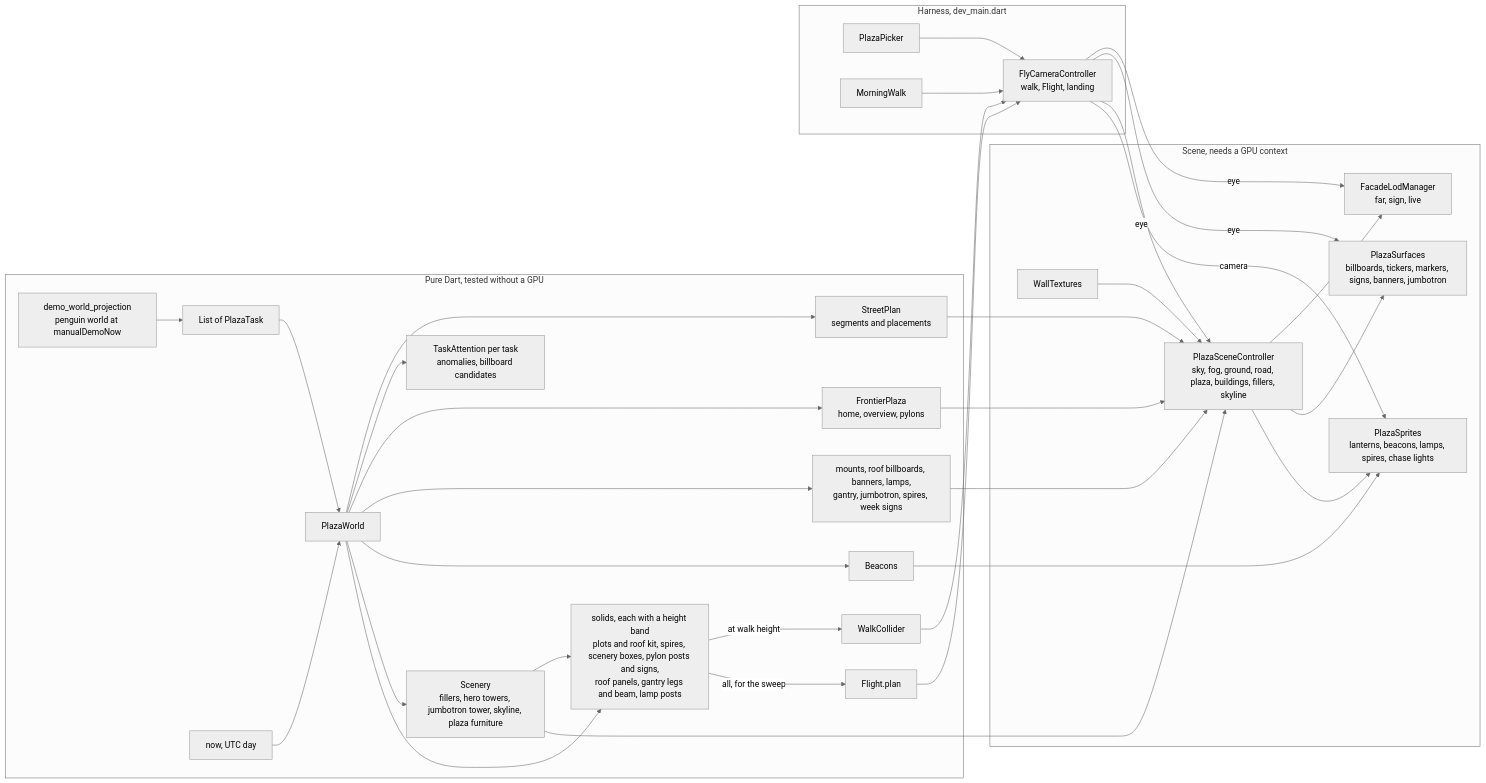
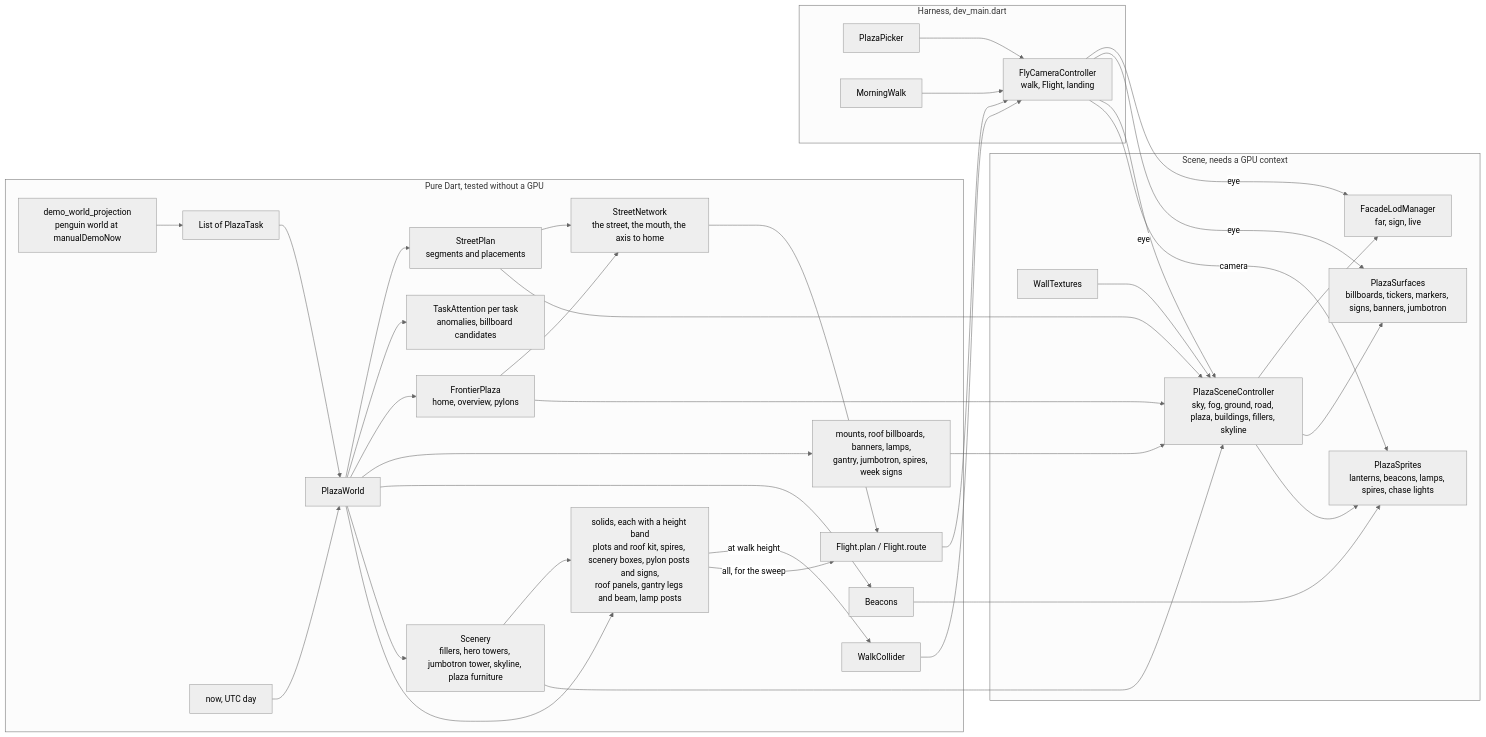
Before and after one commit to matthiasn/lotti: the first of 4 diagrams in knowledge/features/plaza.md, drawn with Mermaid (neutral theme). The commit also changed other lines of this file and 14 other files, not shown here.

First line of the commit message:
feat(plaza): flights follow the street on an S-curve, and the harness paces its frames

````diff
--- a/knowledge/features/plaza.md
+++ b/knowledge/features/plaza.md
@@ -103,39 +107,42 @@
 ```mermaid
 flowchart LR
   subgraph pure ["Pure Dart, tested without a GPU"]
     Demo["demo_world_projection<br/>penguin world at manualDemoNow"] --> Tasks["List of PlazaTask"]
     Tasks --> World["PlazaWorld"]
     Clock["now, UTC day"] --> World
     World --> Plan["StreetPlan<br/>segments and placements"]
     World --> Att["TaskAttention per task<br/>anomalies, billboard candidates"]
     World --> Plaza["FrontierPlaza<br/>home, overview, pylons"]
     World --> Overlays["mounts, roof billboards, banners, lamps,<br/>gantry, jumbotron, spires, week signs"]
     World --> Beacons["Beacons"]
     World --> Scenery["Scenery<br/>fillers, hero towers, jumbotron tower, skyline, plaza furniture"]
     World --> Solids["solids, each with a height band<br/>plots and roof kit, spires, scenery boxes, pylon posts and signs,<br/>roof panels, gantry legs and beam, lamp posts"]
     Scenery --> Solids
     Solids -->|"at walk height"| Collider["WalkCollider"]
-    Solids -->|"all, for the sweep"| Flight["Flight.plan"]
+    Solids -->|"all, for the sweep"| Flight["Flight.plan / Flight.route"]
+    Plan --> Network["StreetNetwork<br/>the street, the mouth, the axis to home"]
+    Plaza --> Network
+    Network --> Flight
   end
   subgraph scene ["Scene, needs a GPU context"]
     Plan --> Ctl["PlazaSceneController<br/>sky, fog, ground, road, plaza, buildings, fillers, skyline"]
     Scenery --> Ctl
     Plaza --> Ctl
     Overlays --> Ctl
     Walls["WallTextures"] --> Ctl
     Ctl --> LOD["FacadeLodManager<br/>far, sign, live"]
     Ctl --> Surfaces["PlazaSurfaces<br/>billboards, tickers, markers, signs, banners, jumbotron"]
     Ctl --> Sprites["PlazaSprites<br/>lanterns, beacons, lamps, spires, chase lights"]
     Beacons --> Sprites
   end
   subgraph harness ["Harness, dev_main.dart"]
     Cam["FlyCameraController<br/>walk, Flight, landing"] -->|eye| LOD
     Cam -->|eye| Surfaces
     Cam -->|eye| Ctl
     Cam -->|camera| Sprites
     Picker["PlazaPicker"] --> Cam
     Walk["MorningWalk"] --> Cam
     Collider --> Cam
     Flight --> Cam
   end
 ```
````
